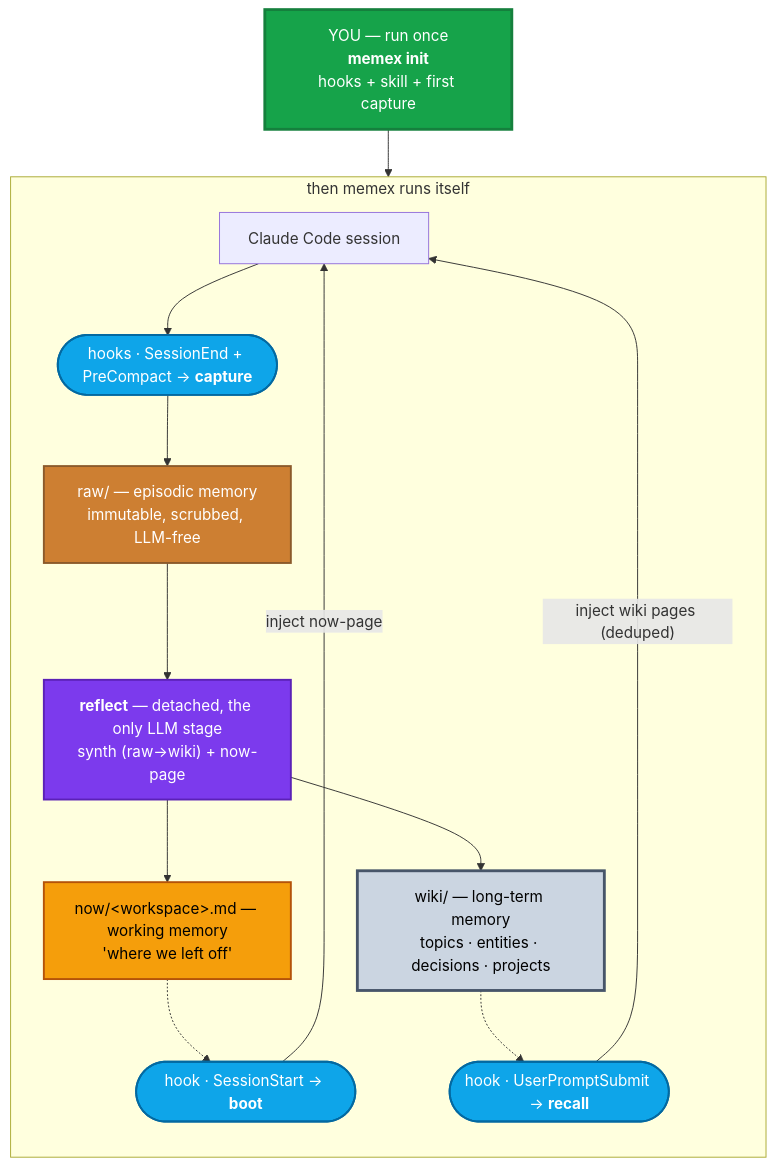
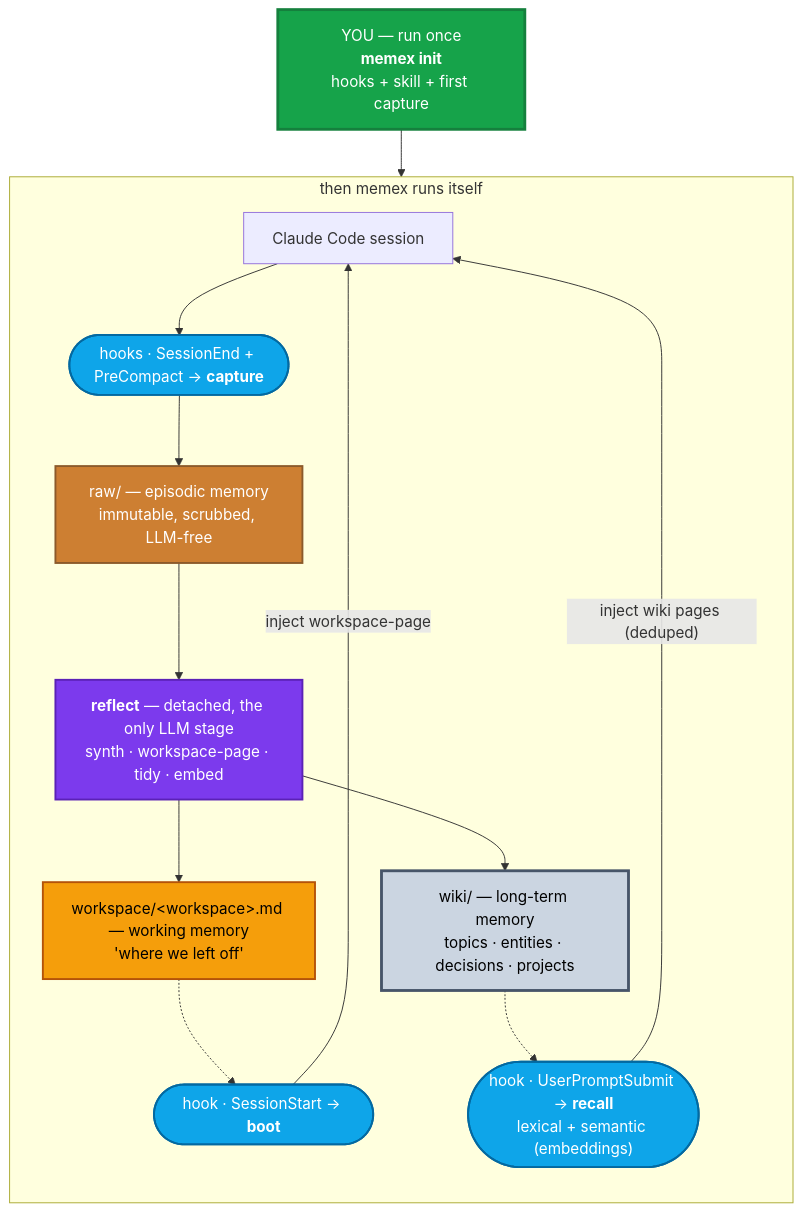
Before and after one commit to GianCdM/memex: the diagram in README.md, drawn with Mermaid. The commit also changed other lines of this file and 3 other files, not shown here.

````diff
--- a/README.md
+++ b/README.md
@@ -66,33 +66,33 @@
 ```mermaid
 flowchart TB
   classDef you fill:#16a34a,color:#fff,stroke:#15803d,stroke-width:3px
   classDef hook fill:#0ea5e9,color:#fff,stroke:#0369a1,stroke-width:2px
   classDef llm fill:#7c3aed,color:#fff,stroke:#5b21b6,stroke-width:2px
   classDef bronze fill:#cd7f32,color:#fff,stroke:#8b5a2b,stroke-width:2px
   classDef wiki fill:#cbd5e1,color:#000,stroke:#475569,stroke-width:3px
-  classDef nowc fill:#f59e0b,color:#000,stroke:#b45309,stroke-width:2px
+  classDef workspacec fill:#f59e0b,color:#000,stroke:#b45309,stroke-width:2px
 
   YOU["YOU — run once<br/><b>memex init</b><br/>hooks + skill + first capture"]:::you
 
   subgraph AUTO["then memex runs itself"]
     direction TB
     HARNESS["Claude Code session"]
     BOOT(["hook · SessionStart → <b>boot</b>"]):::hook
-    RECALL(["hook · UserPromptSubmit → <b>recall</b>"]):::hook
+    RECALL(["hook · UserPromptSubmit → <b>recall</b><br/>lexical + semantic (embeddings)"]):::hook
     CAP(["hooks · SessionEnd + PreCompact → <b>capture</b>"]):::hook
     RAW["raw/ — episodic memory<br/>immutable, scrubbed, LLM-free"]:::bronze
-    REFL["<b>reflect</b> — detached, the only LLM stage<br/>synth (raw→wiki) + now-page"]:::llm
+    REFL["<b>reflect</b> — detached, the only LLM stage<br/>synth · workspace-page · tidy · embed"]:::llm
     WIKI["wiki/ — long-term memory<br/>topics · entities · decisions · projects"]:::wiki
-    NOW["now/&lt;workspace&gt;.md — working memory<br/>'where we left off'"]:::nowc
+    WORKSPACE["workspace/&lt;workspace&gt;.md — working memory<br/>'where we left off'"]:::workspacec
 
-    BOOT -- "inject now-page" --> HARNESS
+    BOOT -- "inject workspace-page" --> HARNESS
     RECALL -- "inject wiki pages (deduped)" --> HARNESS
     HARNESS --> CAP --> RAW --> REFL
     REFL --> WIKI
-    REFL --> NOW
-    NOW -.-> BOOT
+    REFL --> WORKSPACE
+    WORKSPACE -.-> BOOT
     WIKI -.-> RECALL
   end
 
   YOU --> HARNESS
 ```
````
